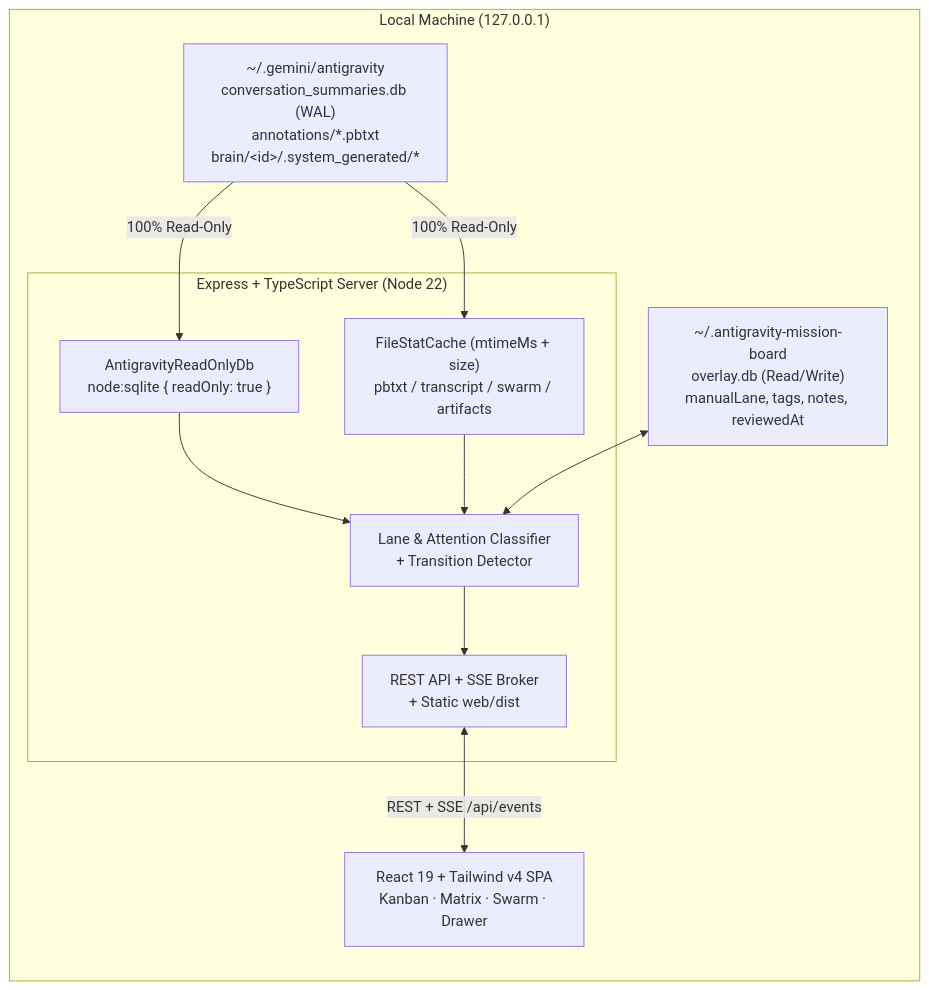
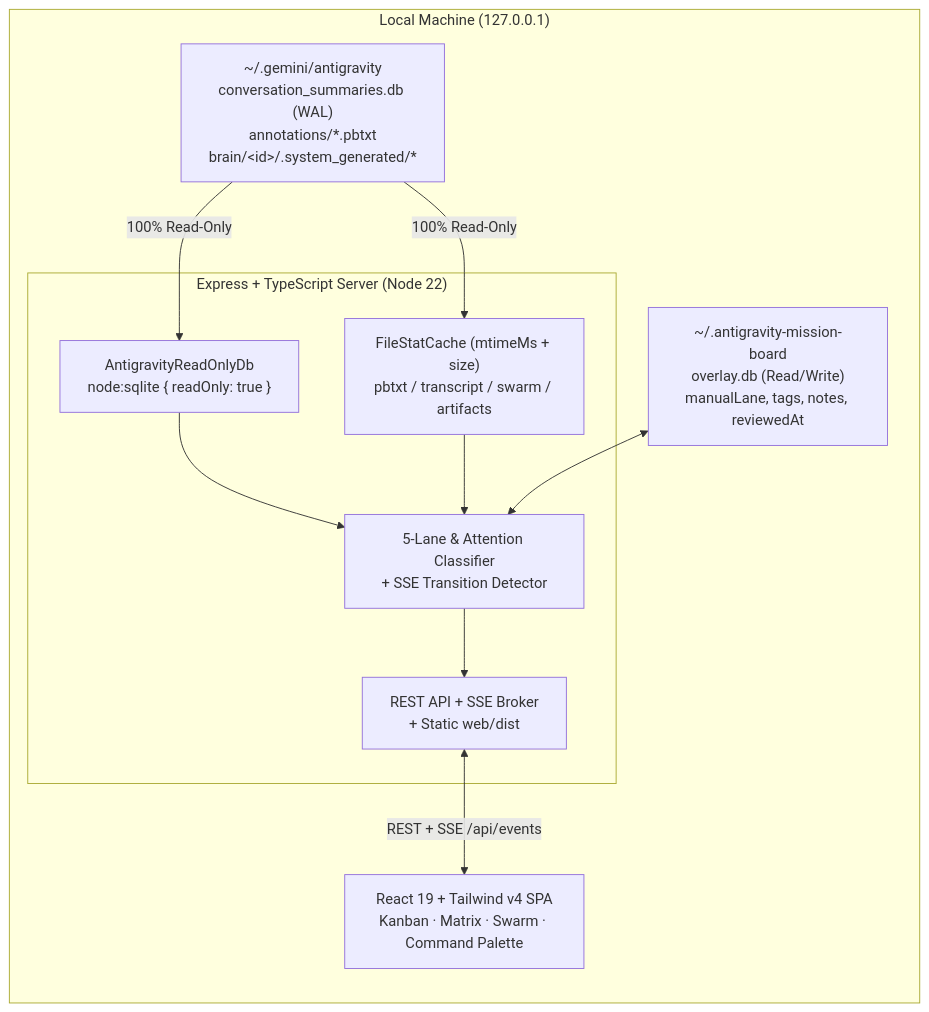
One commit to Lovlace777/antigravity-mission-board changed the diagram in README.md. Above: the diagram before and after it, drawn with Mermaid. The commit also changed other lines of this file and 40 other files, not shown here.

Commit message:
feat(v1.1.0): flagship UI polish, Command Palette, batch review with Undo, and bilingual showcase

````diff
--- a/README.md
+++ b/README.md
@@ -97,24 +143,24 @@
 ```mermaid
 flowchart LR
     subgraph Local["Local Machine (127.0.0.1)"]
         AG["~/.gemini/antigravity<br/>conversation_summaries.db (WAL)<br/>annotations/*.pbtxt<br/>brain/&lt;id&gt;/.system_generated/*"]
         OV["~/.antigravity-mission-board<br/>overlay.db (Read/Write)<br/>manualLane, tags, notes, reviewedAt"]
 
         subgraph Server["Express + TypeScript Server (Node 22)"]
             DB["AntigravityReadOnlyDb<br/>node:sqlite { readOnly: true }"]
             CACHE["FileStatCache (mtimeMs + size)<br/>pbtxt / transcript / swarm / artifacts"]
-            CLS["Lane & Attention Classifier<br/>+ Transition Detector"]
+            CLS["5-Lane & Attention Classifier<br/>+ SSE Transition Detector"]
             API["REST API + SSE Broker<br/>+ Static web/dist"]
         end
 
-        UI["React 19 + Tailwind v4 SPA<br/>Kanban · Matrix · Swarm · Drawer"]
+        UI["React 19 + Tailwind v4 SPA<br/>Kanban · Matrix · Swarm · Command Palette"]
     end
 
     AG -- "100% Read-Only" --> DB
     AG -- "100% Read-Only" --> CACHE
     DB --> CLS
     CACHE --> CLS
     OV <--> CLS
     CLS --> API
     API <-- "REST + SSE /api/events" --> UI
 ```
````
